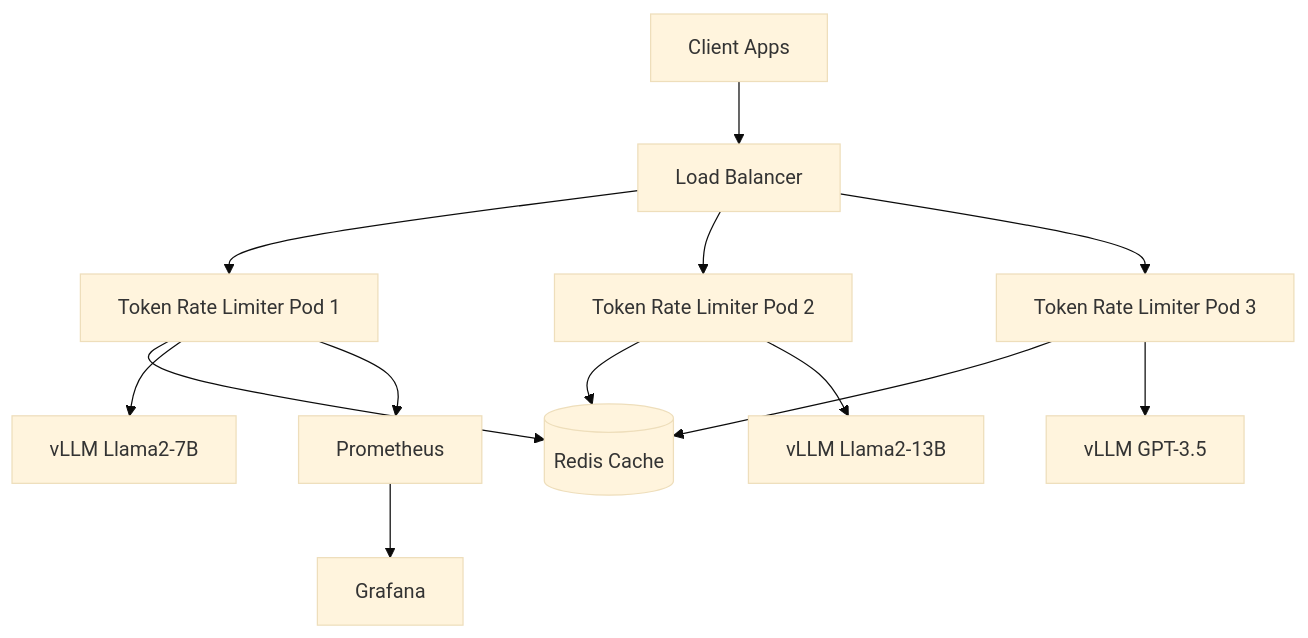
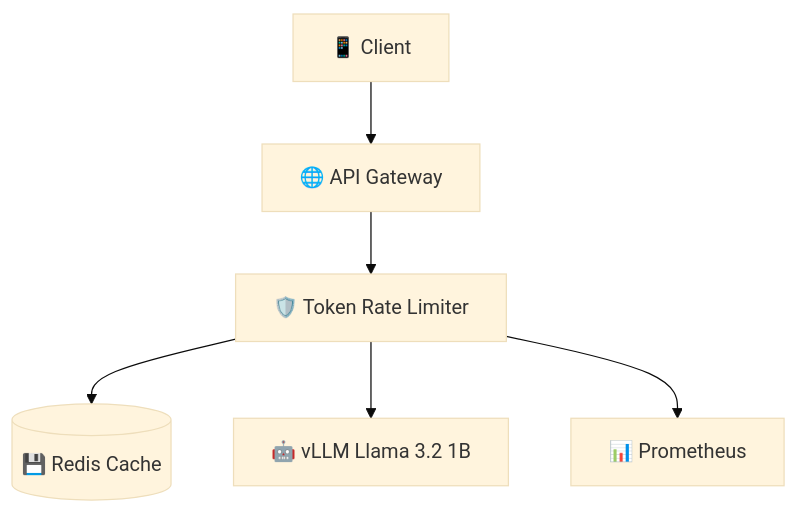
The diagram in README.md (duck3244/token-rate-limiter), drawn with Mermaid (base theme) before and after one commit. The commit also changed other lines of this file and 67 other files, not shown here.

First line of the commit message:
convert to simple architecture

````diff
--- a/README.md
+++ b/README.md
@@ -31,18 +49,8 @@
 ```mermaid
 graph TB
-    Client[Client Apps] --> LB[Load Balancer]
-    LB --> TRL1[Token Rate Limiter Pod 1]
-    LB --> TRL2[Token Rate Limiter Pod 2]
-    LB --> TRL3[Token Rate Limiter Pod 3]
-    
-    TRL1 --> Redis[(Redis Cache)]
-    TRL2 --> Redis
-    TRL3 --> Redis
-    
-    TRL1 --> vLLM1[vLLM Llama2-7B]
-    TRL2 --> vLLM2[vLLM Llama2-13B]
-    TRL3 --> vLLM3[vLLM GPT-3.5]
-    
-    TRL1 --> Prometheus[Prometheus]
-    Prometheus --> Grafana[Grafana]
+    Client[📱 Client] --> API[🌐 API Gateway]
+    API --> TRL[🛡️ Token Rate Limiter]
+    TRL --> Redis[(💾 Redis Cache)]
+    TRL --> vLLM[🤖 vLLM Llama 3.2 1B]
+    TRL --> Prometheus[📊 Prometheus]
 ```
````
